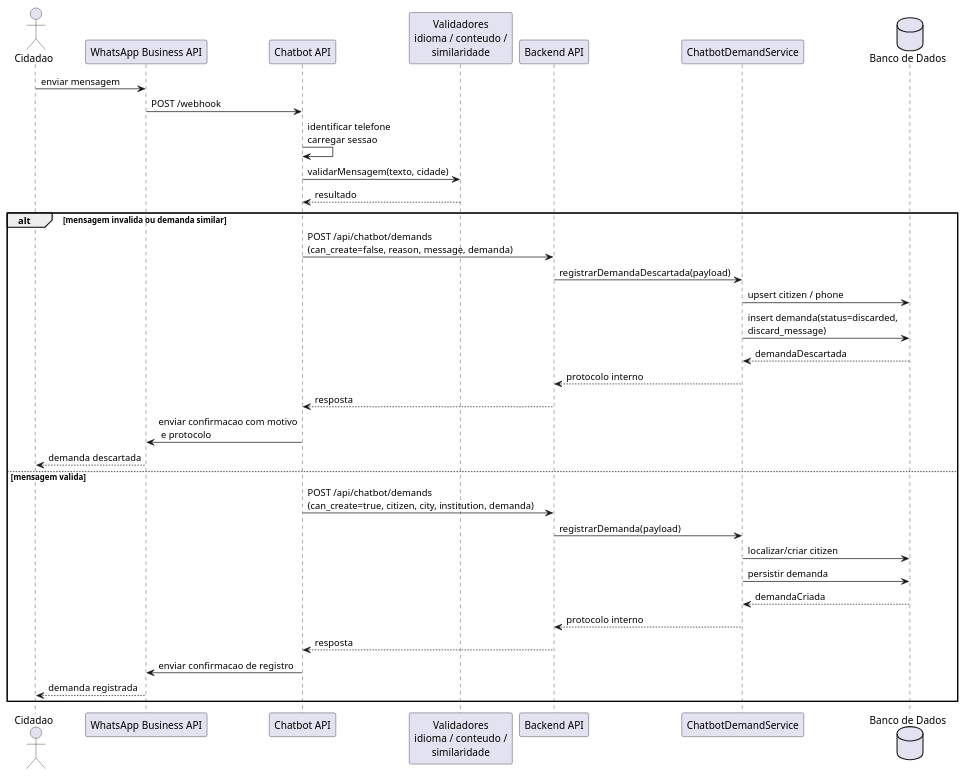
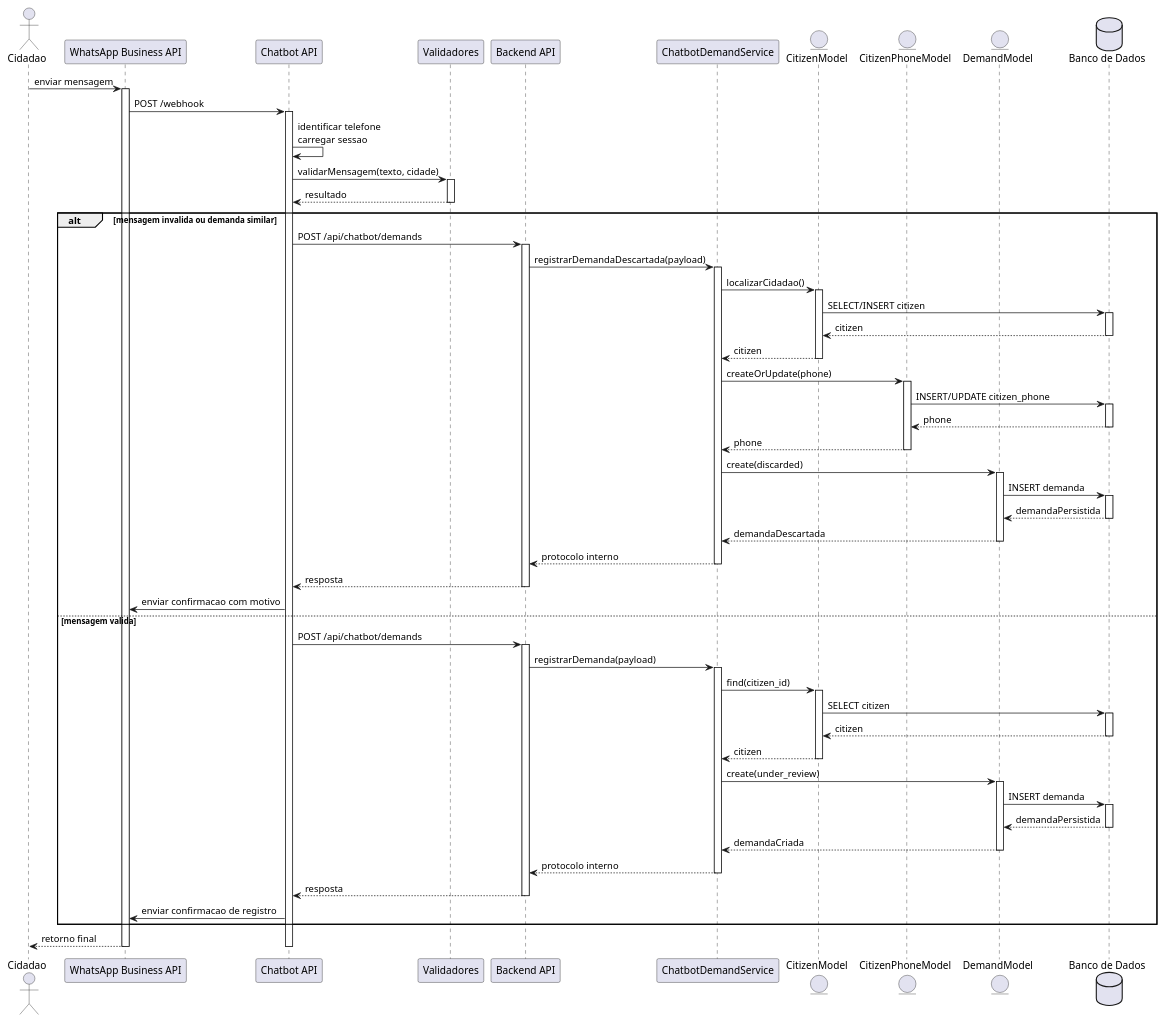
The diagram in Artefatos/Sequencia/chatbot-registrar-demanda.puml (ICEI-PUC-Minas-PPLES-TI/plf-es-2025-2-tcci-0393100-dev-bernardo-biondini), drawn with PlantUML before and after one commit. The commit also changed 165 other files, not shown here.

Commit message:
Adequações dos diagramas de Sequencia e Comunicação as exigências da banca

```diff
--- a/Artefatos/Sequencia/chatbot-registrar-demanda.puml
+++ b/Artefatos/Sequencia/chatbot-registrar-demanda.puml
@@ -1,37 +1,88 @@
 @startuml
 actor Cidadao
 participant "WhatsApp Business API" as WA
 participant "Chatbot API" as Chatbot
-participant "Validadores\nidioma / conteudo /\nsimilaridade" as Validators
+participant "Validadores" as Validators
 participant "Backend API" as API
 participant "ChatbotDemandService" as Service
+entity CitizenModel as CitizenModel
+entity CitizenPhoneModel as PhoneModel
+entity DemandModel as DemandModel
 database "Banco de Dados" as DB
 
 Cidadao -> WA : enviar mensagem
+activate WA
 WA -> Chatbot : POST /webhook
+activate Chatbot
 Chatbot -> Chatbot : identificar telefone\ncarregar sessao
 Chatbot -> Validators : validarMensagem(texto, cidade)
+activate Validators
 Validators --> Chatbot : resultado
+deactivate Validators
 
 alt mensagem invalida ou demanda similar
-  Chatbot -> API : POST /api/chatbot/demands\n(can_create=false, reason, message, demanda)
+  Chatbot -> API : POST /api/chatbot/demands
+  activate API
   API -> Service : registrarDemandaDescartada(payload)
-  Service -> DB : upsert citizen / phone
-  Service -> DB : insert demanda(status=discarded,\ndiscard_message)
-  DB --> Service : demandaDescartada
+  activate Service
+  Service -> CitizenModel : localizarCidadao()
+  activate CitizenModel
+  CitizenModel -> DB : SELECT/INSERT citizen
+  activate DB
+  DB --> CitizenModel : citizen
+  deactivate DB
+  CitizenModel --> Service : citizen
+  deactivate CitizenModel
+  Service -> PhoneModel : createOrUpdate(phone)
+  activate PhoneModel
+  PhoneModel -> DB : INSERT/UPDATE citizen_phone
+  activate DB
+  DB --> PhoneModel : phone
+  deactivate DB
+  PhoneModel --> Service : phone
+  deactivate PhoneModel
+  Service -> DemandModel : create(discarded)
+  activate DemandModel
+  DemandModel -> DB : INSERT demanda
+  activate DB
+  DB --> DemandModel : demandaPersistida
+  deactivate DB
+  DemandModel --> Service : demandaDescartada
+  deactivate DemandModel
   Service --> API : protocolo interno
+  deactivate Service
   API --> Chatbot : resposta
-  Chatbot -> WA : enviar confirmacao com motivo\n e protocolo
-  WA --> Cidadao : demanda descartada
+  deactivate API
+  Chatbot -> WA : enviar confirmacao com motivo
 else mensagem valida
-  Chatbot -> API : POST /api/chatbot/demands\n(can_create=true, citizen, city, institution, demanda)
+  Chatbot -> API : POST /api/chatbot/demands
+  activate API
   API -> Service : registrarDemanda(payload)
-  Service -> DB : localizar/criar citizen
-  Service -> DB : persistir demanda
-  DB --> Service : demandaCriada
+  activate Service
+  Service -> CitizenModel : find(citizen_id)
+  activate CitizenModel
+  CitizenModel -> DB : SELECT citizen
+  activate DB
+  DB --> CitizenModel : citizen
+  deactivate DB
+  CitizenModel --> Service : citizen
+  deactivate CitizenModel
+  Service -> DemandModel : create(under_review)
+  activate DemandModel
+  DemandModel -> DB : INSERT demanda
+  activate DB
+  DB --> DemandModel : demandaPersistida
+  deactivate DB
+  DemandModel --> Service : demandaCriada
+  deactivate DemandModel
   Service --> API : protocolo interno
+  deactivate Service
   API --> Chatbot : resposta
+  deactivate API
   Chatbot -> WA : enviar confirmacao de registro
-  WA --> Cidadao : demanda registrada
 end
+
+WA --> Cidadao : retorno final
+deactivate Chatbot
+deactivate WA
 @enduml
```
